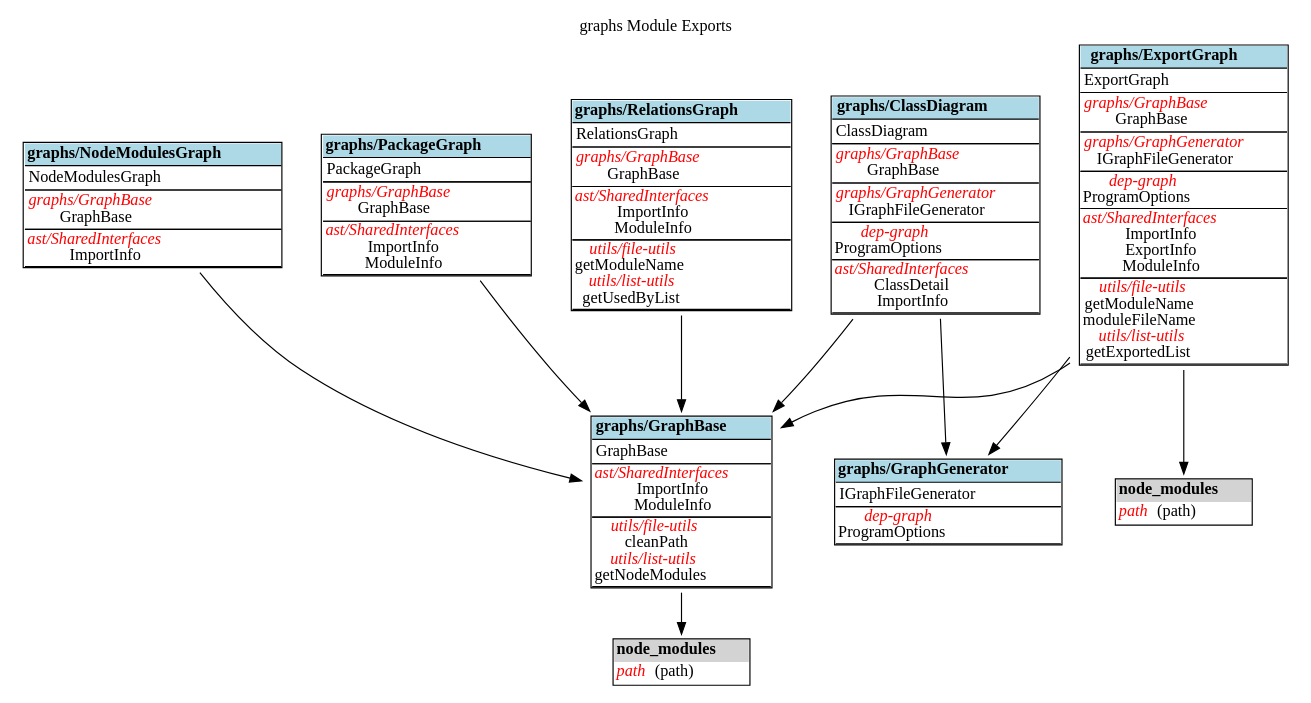
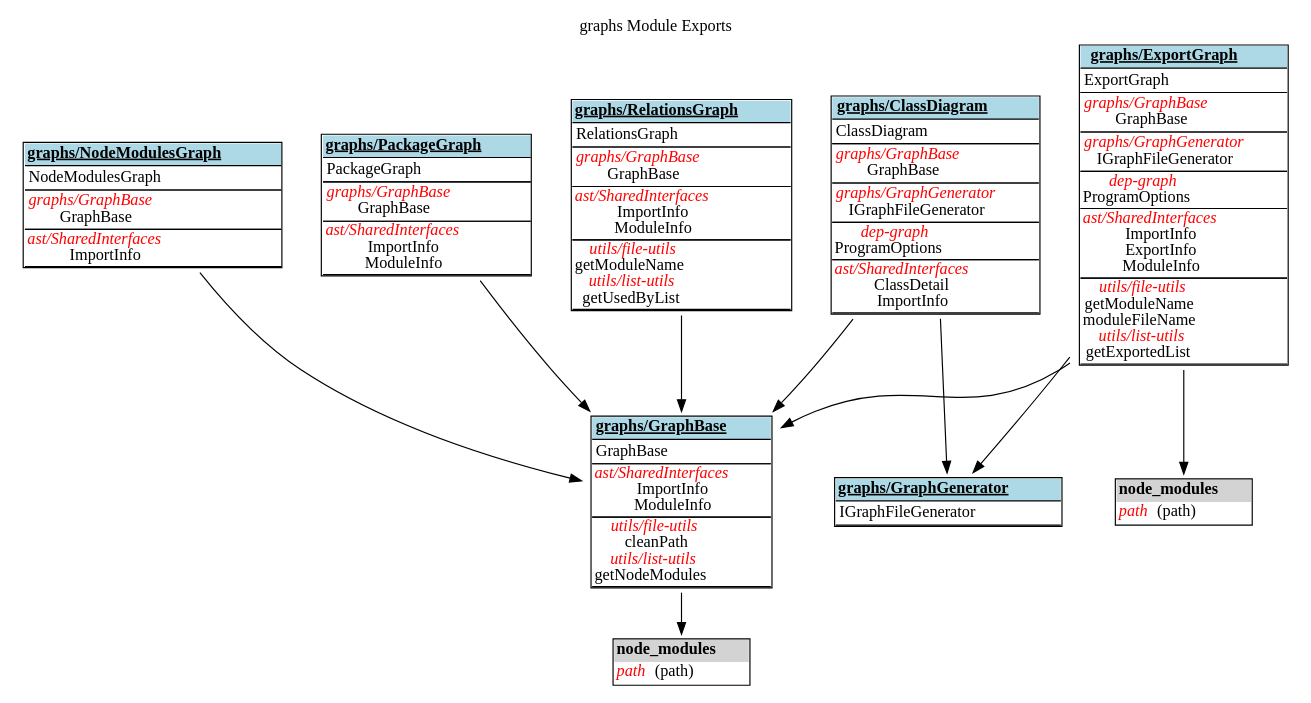
The diagram in dep-graph-ts/graphs_ExportGraph.dot (fleebe/GitHubPages), drawn with Graphviz before and after one commit. The commit also changed 36 other files, not shown here.

Commit message:
Update docs for dep-graph-ts from fleebe/dep-graph-ts workflow

```diff
--- a/dep-graph-ts/graphs_ExportGraph.dot
+++ b/dep-graph-ts/graphs_ExportGraph.dot
@@ -1,155 +1,151 @@
 digraph {label="graphs Module Exports";
 labelloc="t";
 "graphs/ClassDiagram" [shape=none, label=<<TABLE cellspacing="0" cellborder="0" align="left">
-<TR><TD bgcolor="lightblue" HREF="docs/tsdocs/modules/_graphs_ClassDiagram_.html" TARGET="_blank" align="center"><B>graphs/ClassDiagram</B></TD></TR>
+<TR><TD bgcolor="lightblue" HREF="tsdocs\modules\graphs_ClassDiagram.html" TARGET="_blank" align="center"><U><B>graphs/ClassDiagram</B></U></TD></TR>
 <TR><TD BORDER="1" SIDES="TB" align="left">
 ClassDiagram<BR/>
 </TD></TR>
 <TR><TD BORDER="1" SIDES="TB" align="left">
 <font color="red"><I>graphs/GraphBase</I></font><BR/>
 GraphBase<BR/>
 </TD></TR>
 <TR><TD BORDER="1" SIDES="TB" align="left">
 <font color="red"><I>graphs/GraphGenerator</I></font><BR/>
 IGraphFileGenerator<BR/>
 </TD></TR>
 <TR><TD BORDER="1" SIDES="TB" cellpadding="1" align="left">
 <font color="red"><I>dep-graph</I></font><BR/>
 ProgramOptions<BR/>
 </TD></TR>
 <TR><TD BORDER="1" SIDES="TB" cellpadding="1" align="left">
 <font color="red"><I>ast/SharedInterfaces</I></font><BR/>
 ClassDetail<BR/>
 ImportInfo<BR/>
 </TD></TR>
 </TABLE>>];
 "graphs/ExportGraph" [shape=none, label=<<TABLE cellspacing="0" cellborder="0" align="left">
-<TR><TD bgcolor="lightblue" HREF="docs/tsdocs/modules/_graphs_ExportGraph_.html" TARGET="_blank" align="center"><B>graphs/ExportGraph</B></TD></TR>
+<TR><TD bgcolor="lightblue" HREF="tsdocs\modules\graphs_ExportGraph.html" TARGET="_blank" align="center"><U><B>graphs/ExportGraph</B></U></TD></TR>
 <TR><TD BORDER="1" SIDES="TB" align="left">
 ExportGraph<BR/>
 </TD></TR>
 <TR><TD BORDER="1" SIDES="TB" align="left">
 <font color="red"><I>graphs/GraphBase</I></font><BR/>
 GraphBase<BR/>
 </TD></TR>
 <TR><TD BORDER="1" SIDES="TB" align="left">
 <font color="red"><I>graphs/GraphGenerator</I></font><BR/>
 IGraphFileGenerator<BR/>
 </TD></TR>
 <TR><TD BORDER="1" SIDES="TB" cellpadding="1" align="left">
 <font color="red"><I>dep-graph</I></font><BR/>
 ProgramOptions<BR/>
 </TD></TR>
 <TR><TD BORDER="1" SIDES="TB" cellpadding="1" align="left">
 <font color="red"><I>ast/SharedInterfaces</I></font><BR/>
 ImportInfo<BR/>
 ExportInfo<BR/>
 ModuleInfo<BR/>
 </TD></TR>
 <TR><TD BORDER="1" SIDES="TB" cellpadding="1" align="left">
 <font color="red"><I>utils/file-utils</I></font><BR/>
 getModuleName<BR/>
 moduleFileName<BR/>
 <font color="red"><I>utils/list-utils</I></font><BR/>
 getExportedList<BR/>
 </TD></TR>
 </TABLE>>];
 "graphs/ExportGraph-node_modules" [shape=none, label=<<TABLE cellspacing="0" cellborder="0" align="left">
 <TR><TD bgcolor="lightgrey" align="center"><B>node_modules</B></TD></TR>
 <TR><TD align="left">
 <font color="red"><I>path</I></font> (path)<BR/>
 </TD></TR>
 </TABLE>>];
 "graphs/ExportGraph"->"graphs/ExportGraph-node_modules";
 "graphs/GraphBase" [shape=none, label=<<TABLE cellspacing="0" cellborder="0" align="left">
-<TR><TD bgcolor="lightblue" HREF="docs/tsdocs/modules/_graphs_GraphBase_.html" TARGET="_blank" align="center"><B>graphs/GraphBase</B></TD></TR>
+<TR><TD bgcolor="lightblue" HREF="tsdocs\modules\graphs_GraphBase.html" TARGET="_blank" align="center"><U><B>graphs/GraphBase</B></U></TD></TR>
 <TR><TD BORDER="1" SIDES="TB" align="left">
 GraphBase<BR/>
 </TD></TR>
 <TR><TD BORDER="1" SIDES="TB" cellpadding="1" align="left">
 <font color="red"><I>ast/SharedInterfaces</I></font><BR/>
 ImportInfo<BR/>
 ModuleInfo<BR/>
 </TD></TR>
 <TR><TD BORDER="1" SIDES="TB" cellpadding="1" align="left">
 <font color="red"><I>utils/file-utils</I></font><BR/>
 cleanPath<BR/>
 <font color="red"><I>utils/list-utils</I></font><BR/>
 getNodeModules<BR/>
 </TD></TR>
 </TABLE>>];
 "graphs/GraphBase-node_modules" [shape=none, label=<<TABLE cellspacing="0" cellborder="0" align="left">
 <TR><TD bgcolor="lightgrey" align="center"><B>node_modules</B></TD></TR>
 <TR><TD align="left">
 <font color="red"><I>path</I></font> (path)<BR/>
 </TD></TR>
 </TABLE>>];
 "graphs/GraphBase"->"graphs/GraphBase-node_modules";
 "graphs/GraphGenerator" [shape=none, label=<<TABLE cellspacing="0" cellborder="0" align="left">
-<TR><TD bgcolor="lightblue" HREF="docs/tsdocs/modules/_graphs_GraphGenerator_.html" TARGET="_blank" align="center"><B>graphs/GraphGenerator</B></TD></TR>
+<TR><TD bgcolor="lightblue" HREF="tsdocs\modules\graphs_GraphGenerator.html" TARGET="_blank" align="center"><U><B>graphs/GraphGenerator</B></U></TD></TR>
 <TR><TD BORDER="1" SIDES="TB" align="left">
 IGraphFileGenerator<BR/>
 </TD></TR>
-<TR><TD BORDER="1" SIDES="TB" cellpadding="1" align="left">
-<font color="red"><I>dep-graph</I></font><BR/>
-ProgramOptions<BR/>
-</TD></TR>
 </TABLE>>];
 "graphs/NodeModulesGraph" [shape=none, label=<<TABLE cellspacing="0" cellborder="0" align="left">
-<TR><TD bgcolor="lightblue" HREF="docs/tsdocs/modules/_graphs_NodeModulesGraph_.html" TARGET="_blank" align="center"><B>graphs/NodeModulesGraph</B></TD></TR>
+<TR><TD bgcolor="lightblue" HREF="tsdocs\modules\graphs_NodeModulesGraph.html" TARGET="_blank" align="center"><U><B>graphs/NodeModulesGraph</B></U></TD></TR>
 <TR><TD BORDER="1" SIDES="TB" align="left">
 NodeModulesGraph<BR/>
 </TD></TR>
 <TR><TD BORDER="1" SIDES="TB" align="left">
 <font color="red"><I>graphs/GraphBase</I></font><BR/>
 GraphBase<BR/>
 </TD></TR>
 <TR><TD BORDER="1" SIDES="TB" cellpadding="1" align="left">
 <font color="red"><I>ast/SharedInterfaces</I></font><BR/>
 ImportInfo<BR/>
 </TD></TR>
 </TABLE>>];
 "graphs/PackageGraph" [shape=none, label=<<TABLE cellspacing="0" cellborder="0" align="left">
-<TR><TD bgcolor="lightblue" HREF="docs/tsdocs/modules/_graphs_PackageGraph_.html" TARGET="_blank" align="center"><B>graphs/PackageGraph</B></TD></TR>
+<TR><TD bgcolor="lightblue" HREF="tsdocs\modules\graphs_PackageGraph.html" TARGET="_blank" align="center"><U><B>graphs/PackageGraph</B></U></TD></TR>
 <TR><TD BORDER="1" SIDES="TB" align="left">
 PackageGraph<BR/>
 </TD></TR>
 <TR><TD BORDER="1" SIDES="TB" align="left">
 <font color="red"><I>graphs/GraphBase</I></font><BR/>
 GraphBase<BR/>
 </TD></TR>
 <TR><TD BORDER="1" SIDES="TB" cellpadding="1" align="left">
 <font color="red"><I>ast/SharedInterfaces</I></font><BR/>
 ImportInfo<BR/>
 ModuleInfo<BR/>
 </TD></TR>
 </TABLE>>];
 "graphs/RelationsGraph" [shape=none, label=<<TABLE cellspacing="0" cellborder="0" align="left">
-<TR><TD bgcolor="lightblue" HREF="docs/tsdocs/modules/_graphs_RelationsGraph_.html" TARGET="_blank" align="center"><B>graphs/RelationsGraph</B></TD></TR>
+<TR><TD bgcolor="lightblue" HREF="tsdocs\modules\graphs_RelationsGraph.html" TARGET="_blank" align="center"><U><B>graphs/RelationsGraph</B></U></TD></TR>
 <TR><TD BORDER="1" SIDES="TB" align="left">
 RelationsGraph<BR/>
 </TD></TR>
 <TR><TD BORDER="1" SIDES="TB" align="left">
 <font color="red"><I>graphs/GraphBase</I></font><BR/>
 GraphBase<BR/>
 </TD></TR>
 <TR><TD BORDER="1" SIDES="TB" cellpadding="1" align="left">
 <font color="red"><I>ast/SharedInterfaces</I></font><BR/>
 ImportInfo<BR/>
 ModuleInfo<BR/>
 </TD></TR>
 <TR><TD BORDER="1" SIDES="TB" cellpadding="1" align="left">
 <font color="red"><I>utils/file-utils</I></font><BR/>
 getModuleName<BR/>
 <font color="red"><I>utils/list-utils</I></font><BR/>
 getUsedByList<BR/>
 </TD></TR>
 </TABLE>>];
 "graphs/ClassDiagram"->"graphs/GraphBase";
 "graphs/ClassDiagram"->"graphs/GraphGenerator";
 "graphs/ExportGraph"->"graphs/GraphBase";
 "graphs/ExportGraph"->"graphs/GraphGenerator";
 "graphs/NodeModulesGraph"->"graphs/GraphBase";
 "graphs/PackageGraph"->"graphs/GraphBase";
 "graphs/RelationsGraph"->"graphs/GraphBase";
 }
```
